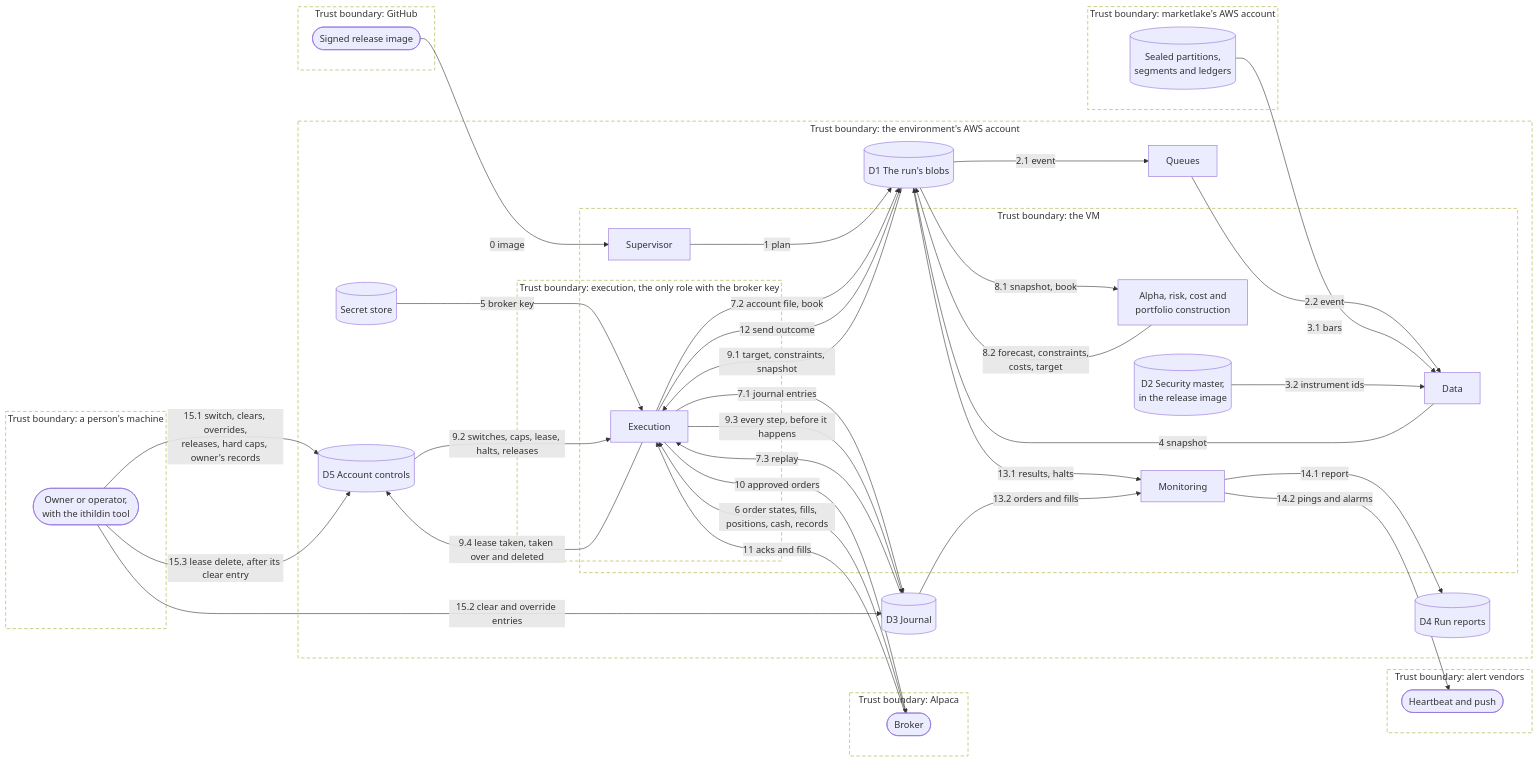
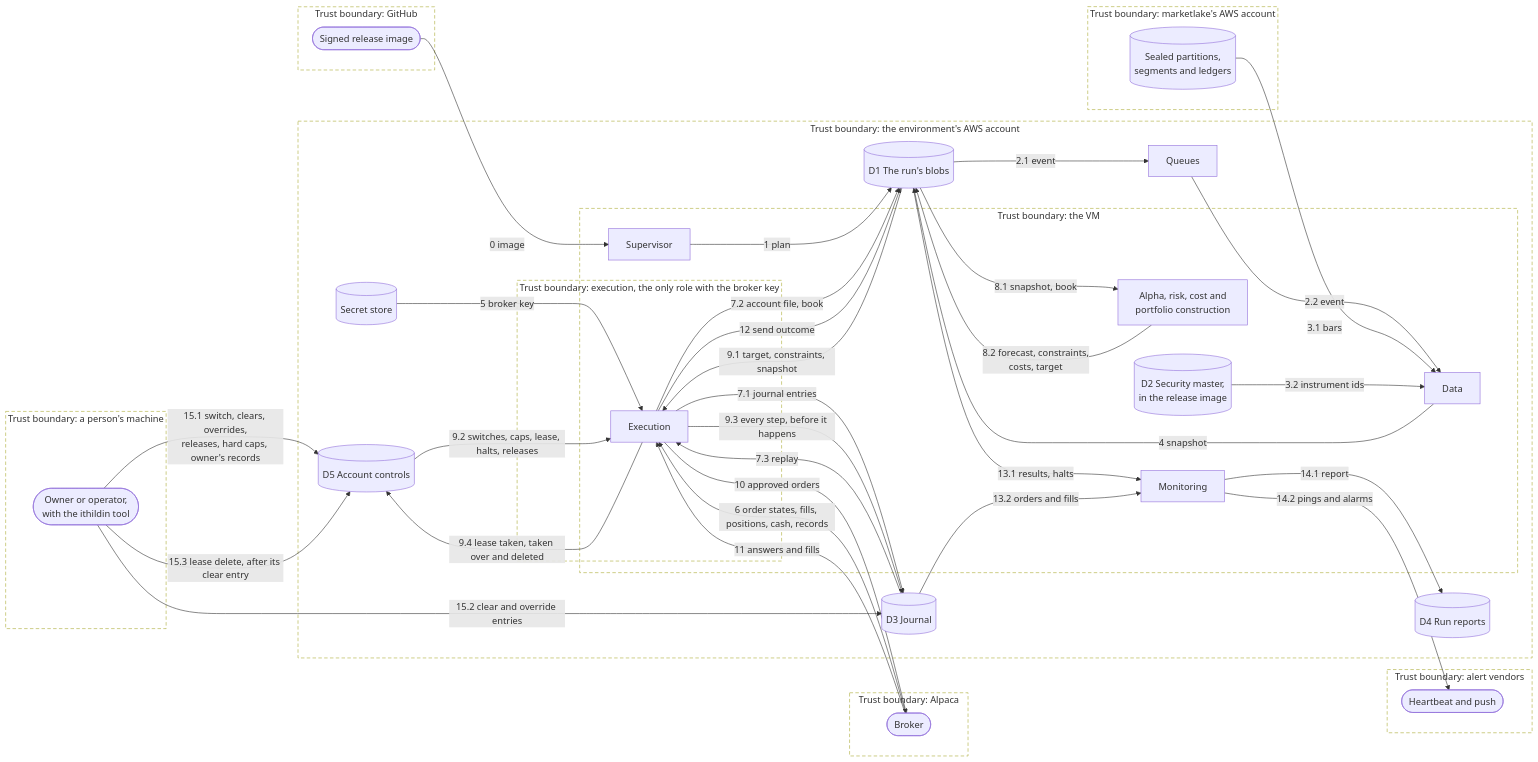
One commit to l3a0/ithildin-runtime changed diagram 12 of 35 in docs/architecture.md. Above: the diagram before and after it, drawn with Mermaid.

Commit message:
docs: say answers in the data-flow diagram's crossing 11
Matches the crossings table beside it.

````diff
--- a/docs/architecture.md
+++ b/docs/architecture.md
@@ -687,68 +687,68 @@
 ```mermaid
 flowchart LR
     subgraph tb_person["Trust boundary: a person's machine"]
         person(["Owner or operator,<br/>with the ithildin tool"])
     end
     subgraph tb_github["Trust boundary: GitHub"]
         registry(["Signed release image"])
     end
     subgraph tb_marketlake["Trust boundary: marketlake's AWS account"]
         lake[("Sealed partitions,<br/>segments and ledgers")]
     end
     subgraph tb_broker["Trust boundary: Alpaca"]
         brokerx(["Broker"])
     end
     subgraph tb_alert["Trust boundary: alert vendors"]
         alert(["Heartbeat and push"])
     end
     subgraph tb_account["Trust boundary: the environment's AWS account"]
         subgraph tb_vm["Trust boundary: the VM"]
             sup["Supervisor"]
             data["Data"]
             models["Alpha, risk, cost and<br/>portfolio construction"]
             mon["Monitoring"]
             d2[("D2 Security master,<br/>in the release image")]
             subgraph tb_exec["Trust boundary: execution, the only role with the broker key"]
                 exec["Execution"]
             end
         end
         queue["Queues"]
         secret[("Secret store")]
         d1[("D1 The run's blobs")]
         d3[("D3 Journal")]
         d4[("D4 Run reports")]
         d5[("D5 Account controls")]
     end
 
     registry -->|"0 image"| sup
     sup -->|"1 plan"| d1
     d1 -->|"2.1 event"| queue
     queue -->|"2.2 event"| data
     lake -->|"3.1 bars"| data
     d2 -->|"3.2 instrument ids"| data
     data -->|"4 snapshot"| d1
     secret -->|"5 broker key"| exec
     brokerx -->|"6 order states, fills, positions, cash, records"| exec
     exec -->|"7.1 journal entries"| d3
     exec -->|"7.2 account file, book"| d1
     d3 -->|"7.3 replay"| exec
     d1 -->|"8.1 snapshot, book"| models
     models -->|"8.2 forecast, constraints,<br/>costs, target"| d1
     d1 -->|"9.1 target, constraints, snapshot"| exec
     d5 -->|"9.2 switches, caps, lease, halts, releases"| exec
     exec -->|"9.3 every step, before it happens"| d3
     exec -->|"9.4 lease taken, taken over and deleted"| d5
     exec -->|"10 approved orders"| brokerx
-    brokerx -->|"11 acks and fills"| exec
+    brokerx -->|"11 answers and fills"| exec
     exec -->|"12 send outcome"| d1
     d1 -->|"13.1 results, halts"| mon
     d3 -->|"13.2 orders and fills"| mon
     mon -->|"14.1 report"| d4
     mon -->|"14.2 pings and alarms"| alert
     person -->|"15.1 switch, clears, overrides,<br/>releases, hard caps, owner's records"| d5
     person -->|"15.2 clear and override entries"| d3
     person -->|"15.3 lease delete, after its clear entry"| d5
 
     classDef boundary fill:none,stroke-dasharray:6 4
     class tb_person,tb_github,tb_marketlake,tb_broker,tb_alert,tb_account,tb_vm,tb_exec boundary
 ```
````
